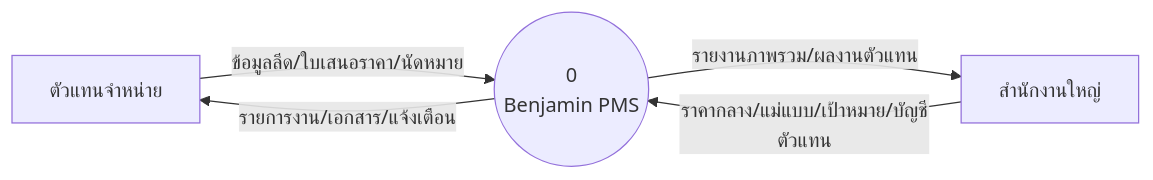
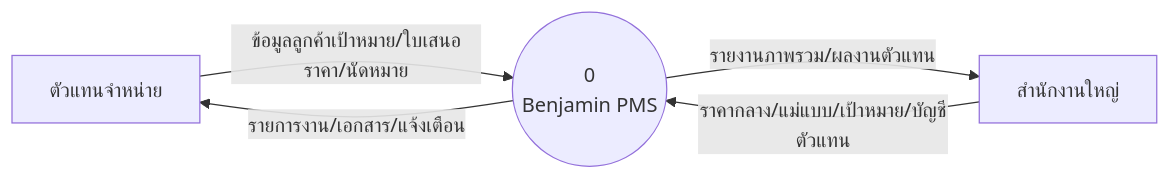
One commit to MazDev01/pms changed the third of 5 diagrams in docs/system-design.md. Above: the diagram before and after it, drawn with Mermaid. The commit also changed other lines of this file and 94 other files, not shown here.

First line of the commit message:
fix: เปลี่ยนคำว่า "ลีด" เป็น "ลูกค้าเป้าหมาย" ให้ตรงกันทั้งระบบ

````diff
--- a/docs/system-design.md
+++ b/docs/system-design.md
@@ -92,11 +92,11 @@
 ```mermaid
 flowchart LR
     Dealer["ตัวแทนจำหน่าย"]
     HQ["สำนักงานใหญ่"]
     P(("0<br/>Benjamin PMS"))
 
-    Dealer -->|"ข้อมูลลีด/ใบเสนอราคา/นัดหมาย"| P
+    Dealer -->|"ข้อมูลลูกค้าเป้าหมาย/ใบเสนอราคา/นัดหมาย"| P
     P -->|"รายการงาน/เอกสาร/แจ้งเตือน"| Dealer
     HQ -->|"ราคากลาง/แม่แบบ/เป้าหมาย/บัญชีตัวแทน"| P
     P -->|"รายงานภาพรวม/ผลงานตัวแทน"| HQ
 ```
````
